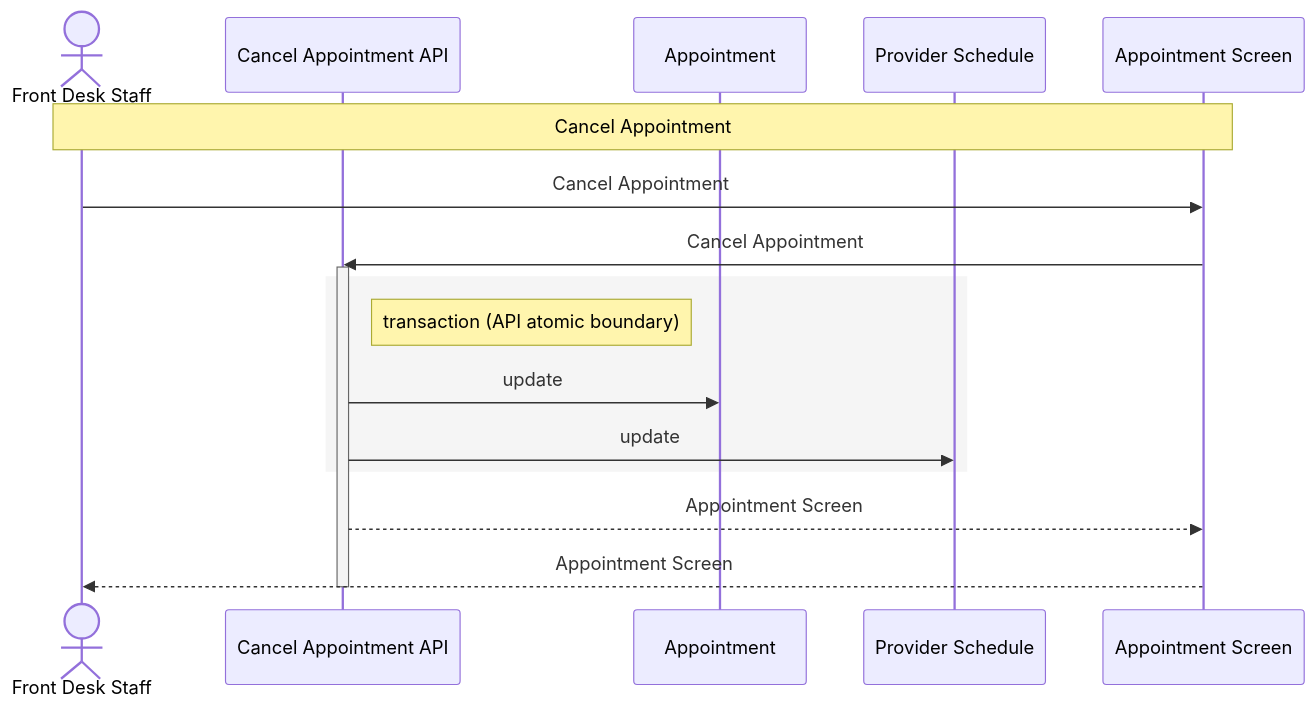
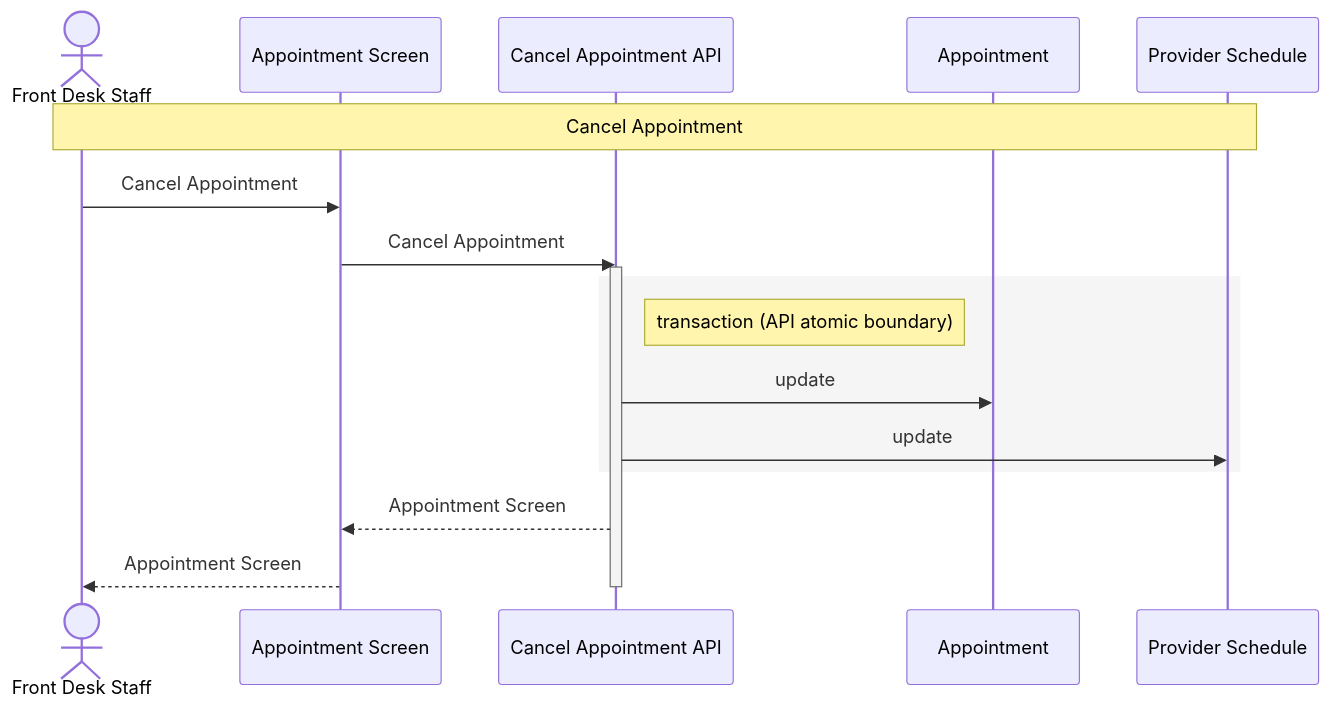
The diagram in samples/clinic-ops/out/uc/sequence_cancel_appointment.mmd (manji-0/rdra-ish-dsl), drawn with Mermaid before and after one commit. The commit also changed 82 other files, not shown here.

Commit message:
fix: order sequence participants by interaction flow

```diff
--- a/samples/clinic-ops/out/uc/sequence_cancel_appointment.mmd
+++ b/samples/clinic-ops/out/uc/sequence_cancel_appointment.mmd
@@ -1,19 +1,19 @@
 sequenceDiagram
   actor FrontDesk as Front Desk Staff
+  participant AppointmentScreen as Appointment Screen
   participant CancelAppointmentApi as Cancel Appointment API
   participant Appointment as Appointment
   participant ProviderSchedule as Provider Schedule
-  participant AppointmentScreen as Appointment Screen
 
-  Note over FrontDesk,AppointmentScreen: Cancel Appointment
+  Note over FrontDesk,ProviderSchedule: Cancel Appointment
   FrontDesk->>AppointmentScreen: Cancel Appointment
   AppointmentScreen->>CancelAppointmentApi: Cancel Appointment
   activate CancelAppointmentApi
   rect rgb(245,245,245)
     Note right of CancelAppointmentApi: transaction (API atomic boundary)
     CancelAppointmentApi->>Appointment: update
     CancelAppointmentApi->>ProviderSchedule: update
   end
   CancelAppointmentApi-->>AppointmentScreen: Appointment Screen
   AppointmentScreen-->>FrontDesk: Appointment Screen
   deactivate CancelAppointmentApi
```
